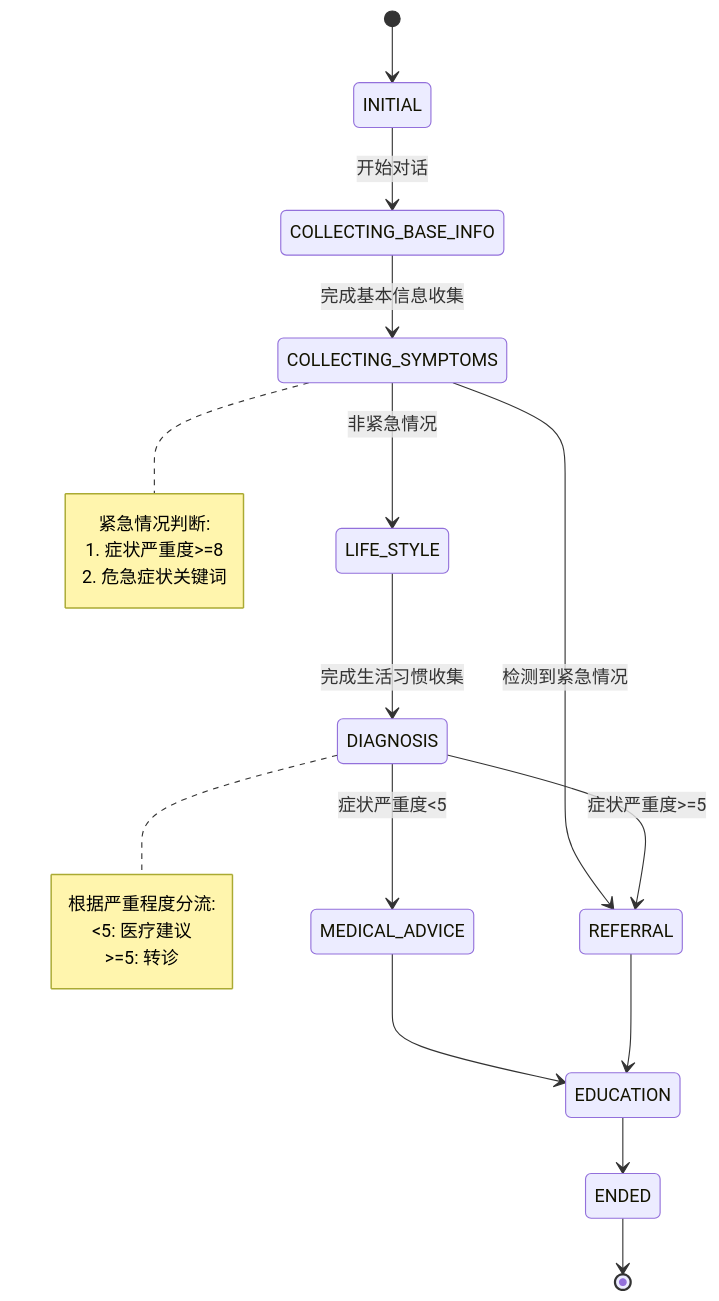
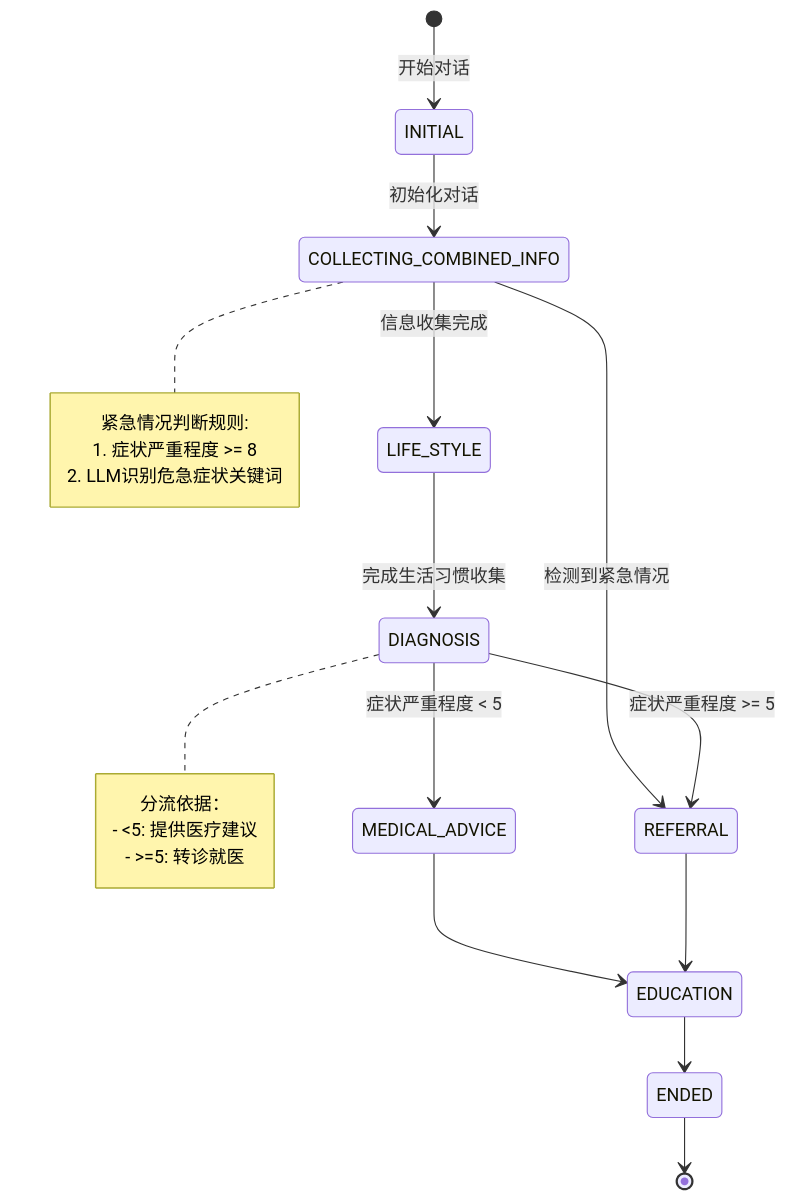
One commit to sean-bit813/medical_LLM_system changed the diagram in README.md. Above: the diagram before and after it, drawn with Mermaid. The commit also changed other lines of this file, not shown here.

````diff
--- a/README.md
+++ b/README.md
@@ -48,31 +55,31 @@
 ```mermaid
 stateDiagram-v2
-    [*] --> INITIAL
-    INITIAL --> COLLECTING_BASE_INFO: 开始对话
+    [*] --> INITIAL: 开始对话
     
-    COLLECTING_BASE_INFO --> COLLECTING_SYMPTOMS: 完成基本信息收集
+    INITIAL --> COLLECTING_COMBINED_INFO: 初始化对话
     
-    COLLECTING_SYMPTOMS --> REFERRAL: 检测到紧急情况
-    COLLECTING_SYMPTOMS --> LIFE_STYLE: 非紧急情况
-    note right of COLLECTING_SYMPTOMS
-        紧急情况判断:
-        1. 症状严重度>=8
-        2. 危急症状关键词
+    COLLECTING_COMBINED_INFO --> REFERRAL: 检测到紧急情况
+    note right of COLLECTING_COMBINED_INFO
+        紧急情况判断规则:
+        1. 症状严重程度 >= 8
+        2. LLM识别危急症状关键词
     end note
+    
+    COLLECTING_COMBINED_INFO --> LIFE_STYLE: 信息收集完成
     
     LIFE_STYLE --> DIAGNOSIS: 完成生活习惯收集
     
-    DIAGNOSIS --> MEDICAL_ADVICE: 症状严重度<5
-    DIAGNOSIS --> REFERRAL: 症状严重度>=5
+    DIAGNOSIS --> MEDICAL_ADVICE: 症状严重程度 < 5
+    DIAGNOSIS --> REFERRAL: 症状严重程度 >= 5
     note right of DIAGNOSIS
-        根据严重程度分流:
-        <5: 医疗建议
-        >=5: 转诊
+        分流依据：
+        - <5: 提供医疗建议
+        - >=5: 转诊就医
     end note
     
     MEDICAL_ADVICE --> EDUCATION
     REFERRAL --> EDUCATION
     
     EDUCATION --> ENDED
     ENDED --> [*]
 ```
````
